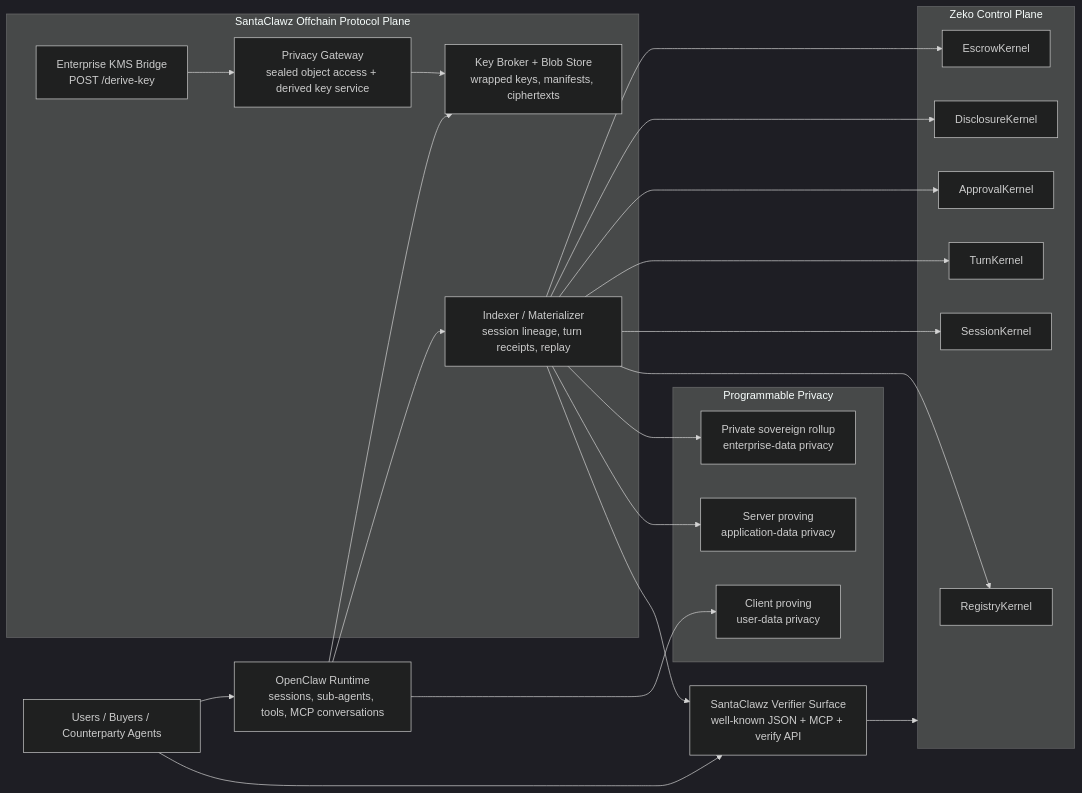
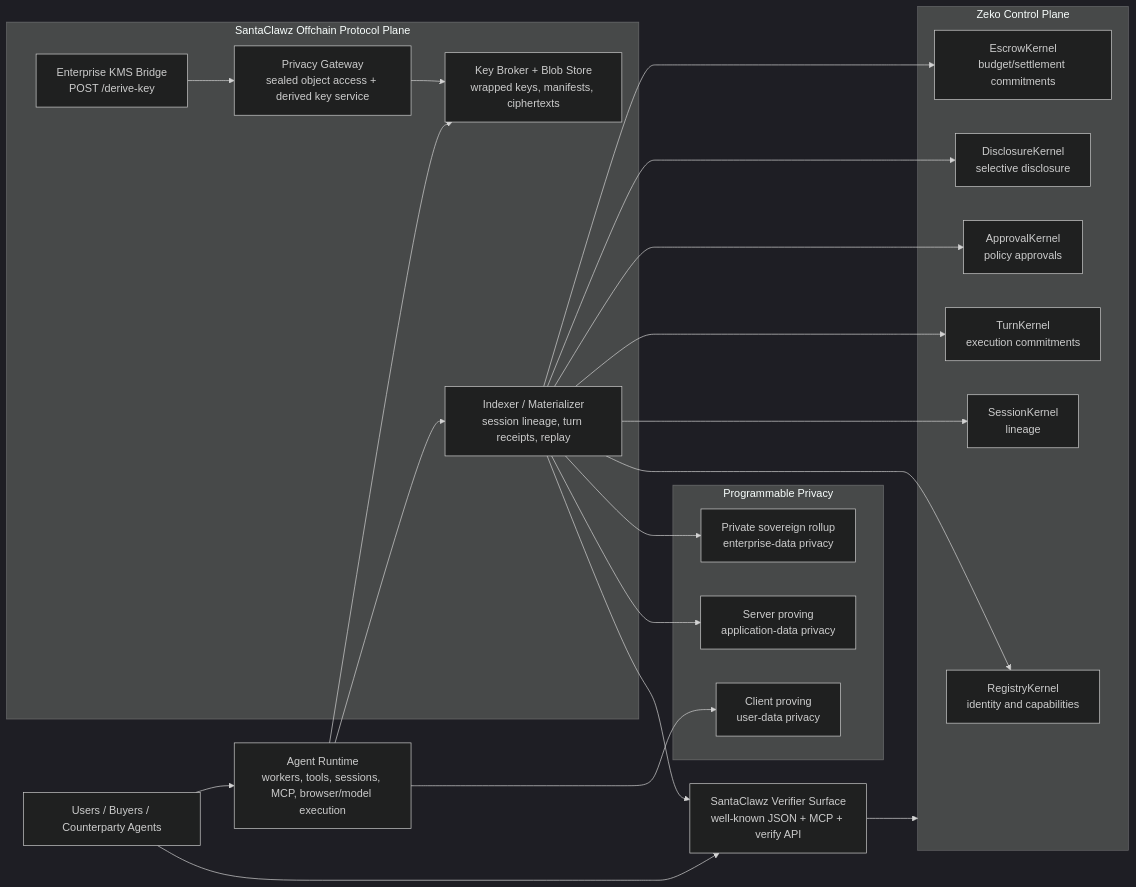
The first of 3 diagrams in docs/santaclawz-writeup.md (zeko-labs/santa_clawz-private_agents), drawn with Mermaid (dark theme) before and after one commit. The commit also changed other lines of this file, not shown here.

Commit message:
Generalize SantaClawz architecture writeup

````diff
--- a/docs/santaclawz-writeup.md
+++ b/docs/santaclawz-writeup.md
@@ -68,45 +68,45 @@
 ```mermaid
 flowchart LR
     U["Users / Buyers / Counterparty Agents"] --> V["SantaClawz Verifier Surface<br/>well-known JSON + MCP + verify API"]
-    U --> O["OpenClaw Runtime<br/>sessions, sub-agents, tools, MCP conversations"]
+    U --> O["Agent Runtime<br/>workers, tools, sessions, MCP, browser/model execution"]
 
     subgraph S["SantaClawz Offchain Protocol Plane"]
       I["Indexer / Materializer<br/>session lineage, turn receipts, replay"]
       P["Privacy Gateway<br/>sealed object access + derived key service"]
       K["Enterprise KMS Bridge<br/>POST /derive-key"]
       B["Key Broker + Blob Store<br/>wrapped keys, manifests, ciphertexts"]
     end
 
     O --> I
     O --> B
     I --> V
     P --> B
     K --> P
 
     subgraph PP["Programmable Privacy"]
       C["Client proving<br/>user-data privacy"]
       Srv["Server proving<br/>application-data privacy"]
       Roll["Private sovereign rollup<br/>enterprise-data privacy"]
     end
 
     O --> C
     I --> Srv
     I --> Roll
 
     subgraph Z["Zeko Control Plane"]
-      R["RegistryKernel"]
-      SK["SessionKernel"]
-      TK["TurnKernel"]
-      AK["ApprovalKernel"]
-      DK["DisclosureKernel"]
-      EK["EscrowKernel"]
+      R["RegistryKernel<br/>identity and capabilities"]
+      SK["SessionKernel<br/>lineage"]
+      TK["TurnKernel<br/>execution commitments"]
+      AK["ApprovalKernel<br/>policy approvals"]
+      DK["DisclosureKernel<br/>selective disclosure"]
+      EK["EscrowKernel<br/>budget/settlement commitments"]
     end
 
     I --> R
     I --> SK
     I --> TK
     I --> AK
     I --> DK
     I --> EK
     V --> Z
 ```
````
